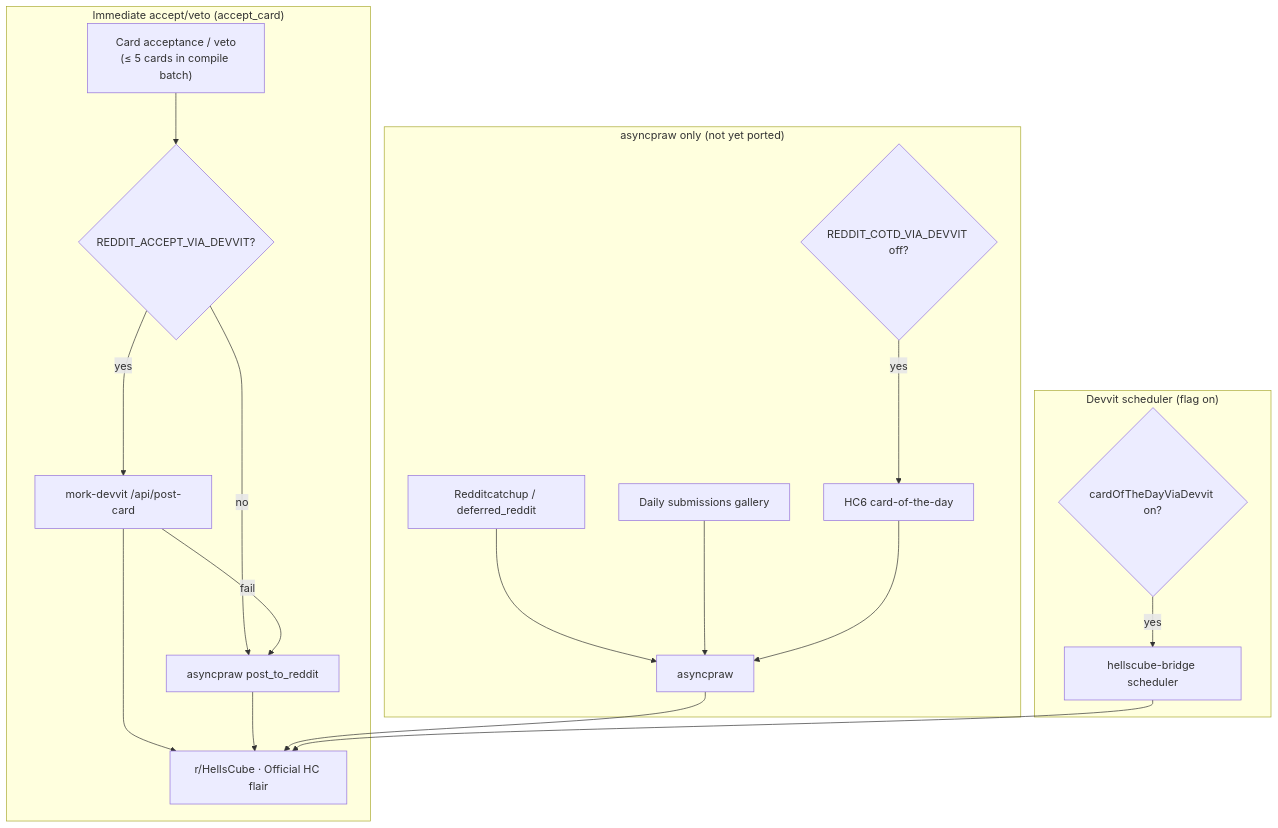
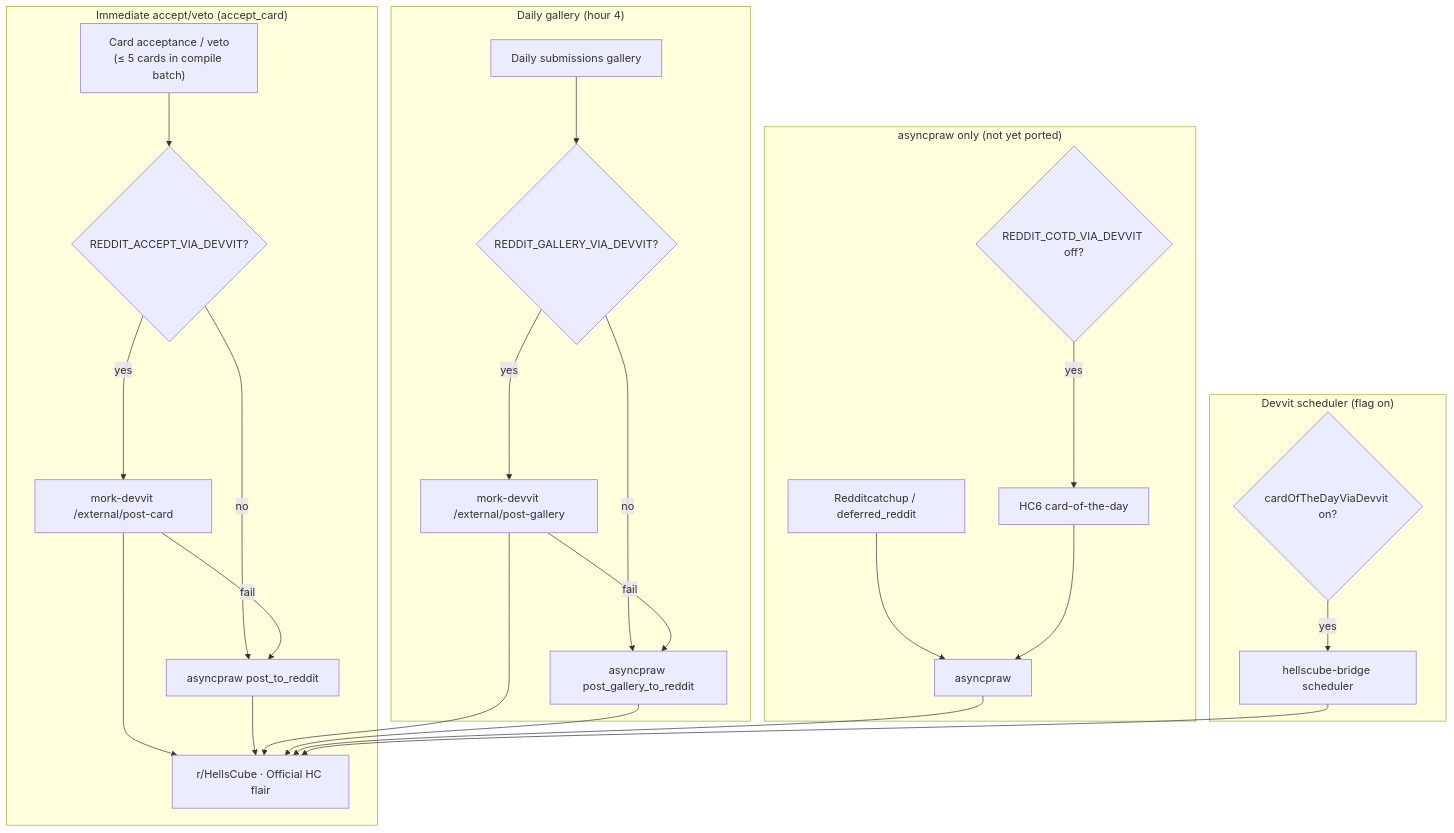
Before and after one commit to bones-bones/mork: the third of 4 diagrams in docs/card-flows/background.md, drawn with Mermaid. The commit also changed other lines of this file and 22 other files, not shown here.

````diff
--- a/docs/card-flows/background.md
+++ b/docs/card-flows/background.md
@@ -68,23 +70,31 @@
 ```mermaid
 flowchart TD
   subgraph immediate["Immediate accept/veto (accept_card)"]
     ACC["Card acceptance / veto<br/>(≤ 5 cards in compile batch)"] --> FLAG{"REDDIT_ACCEPT_VIA_DEVVIT?"}
-    FLAG -->|yes| DEV["mork-devvit /api/post-card"]
+    FLAG -->|yes| DEV["mork-devvit /external/post-card"]
     FLAG -->|no| PRAW1["asyncpraw post_to_reddit"]
     DEV -->|fail| PRAW1
     DEV --> RED["r/HellsCube · Official HC flair"]
     PRAW1 --> RED
   end
 
+  subgraph gallery["Daily gallery (hour 4)"]
+    GAL["Daily submissions gallery"] --> GFLAG{"REDDIT_GALLERY_VIA_DEVVIT?"}
+    GFLAG -->|yes| GDEV["mork-devvit /external/post-gallery"]
+    GFLAG -->|no| PRAWG["asyncpraw post_gallery_to_reddit"]
+    GDEV -->|fail| PRAWG
+    GDEV --> RED
+    PRAWG --> RED
+  end
+
   subgraph asyncpraw_only["asyncpraw only (not yet ported)"]
     RC["Redditcatchup / deferred_reddit"] --> PRAW2["asyncpraw"]
-    GAL["Daily submissions gallery"] --> PRAW2
     COTD_FLAG{"REDDIT_COTD_VIA_DEVVIT off?"} -->|yes| COTD["HC6 card-of-the-day"] --> PRAW2
     PRAW2 --> RED
   end
 
   subgraph devvit_scheduled["Devvit scheduler (flag on)"]
     COTD_FLAG2{"cardOfTheDayViaDevvit on?"} -->|yes| DEV2["hellscube-bridge scheduler"]
     DEV2 --> RED
   end
 ```
````
